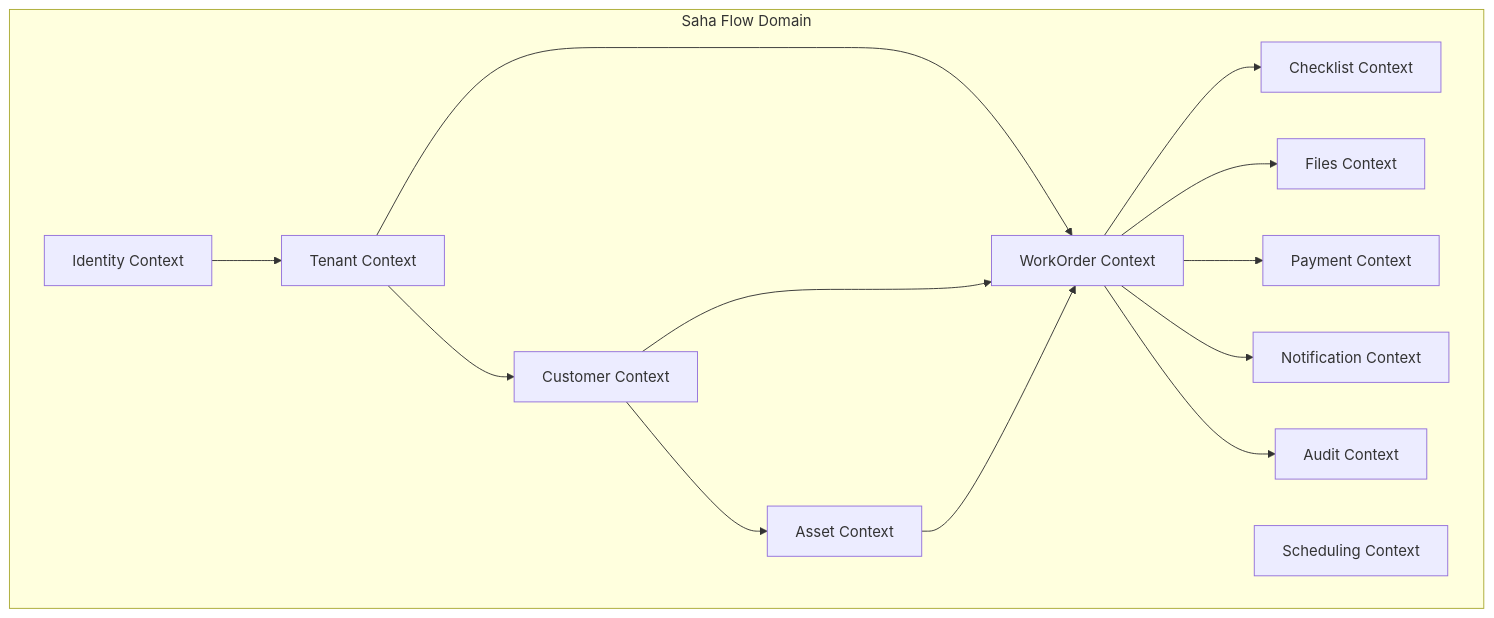
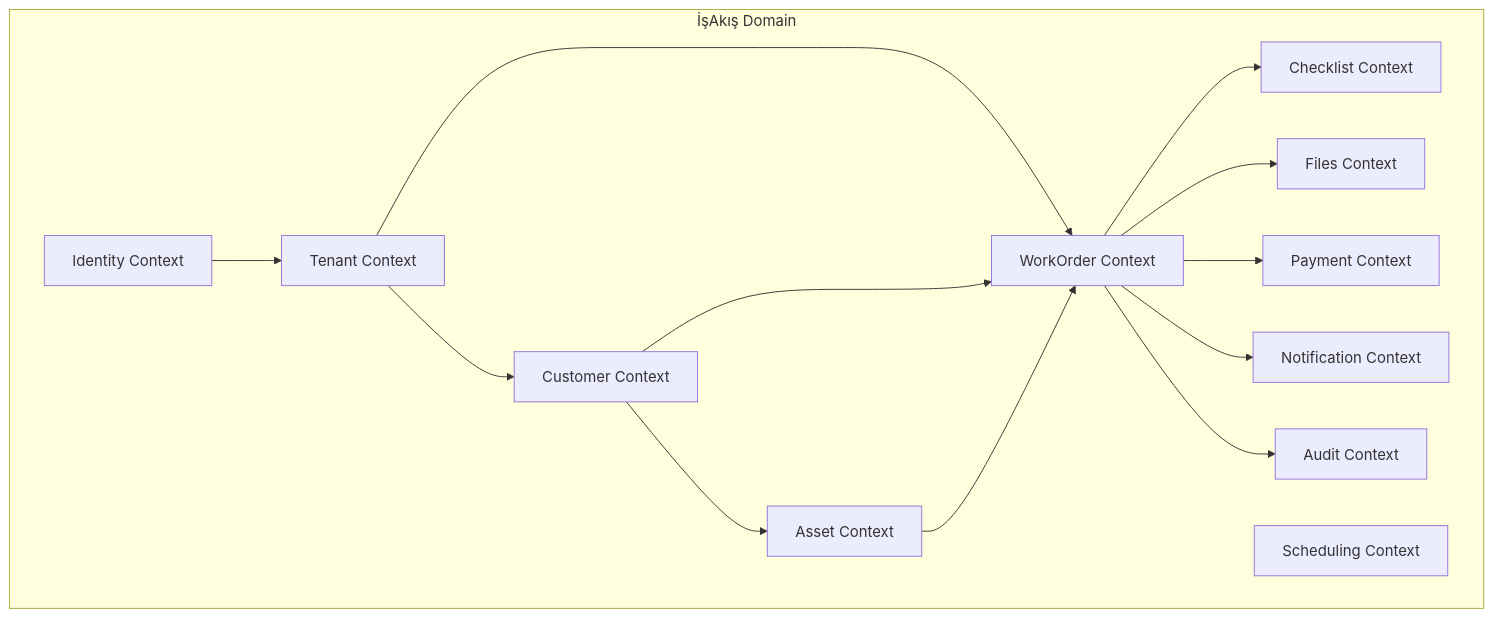
The first of 4 diagrams in 03_DOMAIN_MODEL.md (Krayirhan/saha-flow), drawn with Mermaid before and after one commit. The commit also changed other lines of this file and 50 other files, not shown here.

First line of the commit message:
chore: update docs, infra, graphify output, and project scaffolding

````diff
--- a/03_DOMAIN_MODEL.md
+++ b/03_DOMAIN_MODEL.md
@@ -15,28 +15,28 @@
 ```mermaid
 graph TD
-    subgraph "Saha Flow Domain"
+    subgraph "İşAkış Domain"
         ID[Identity Context]
         TN[Tenant Context]
         CM[Customer Context]
         AS[Asset Context]
         WO[WorkOrder Context]
         SC[Scheduling Context]
         CL[Checklist Context]
         FL[Files Context]
         NT[Notification Context]
         AU[Audit Context]
         PM[Payment Context]
     end
 
     ID --> TN
     TN --> CM
     TN --> WO
     CM --> AS
     CM --> WO
     AS --> WO
     WO --> CL
     WO --> FL
     WO --> PM
     WO --> NT
     WO --> AU
 ```
````
